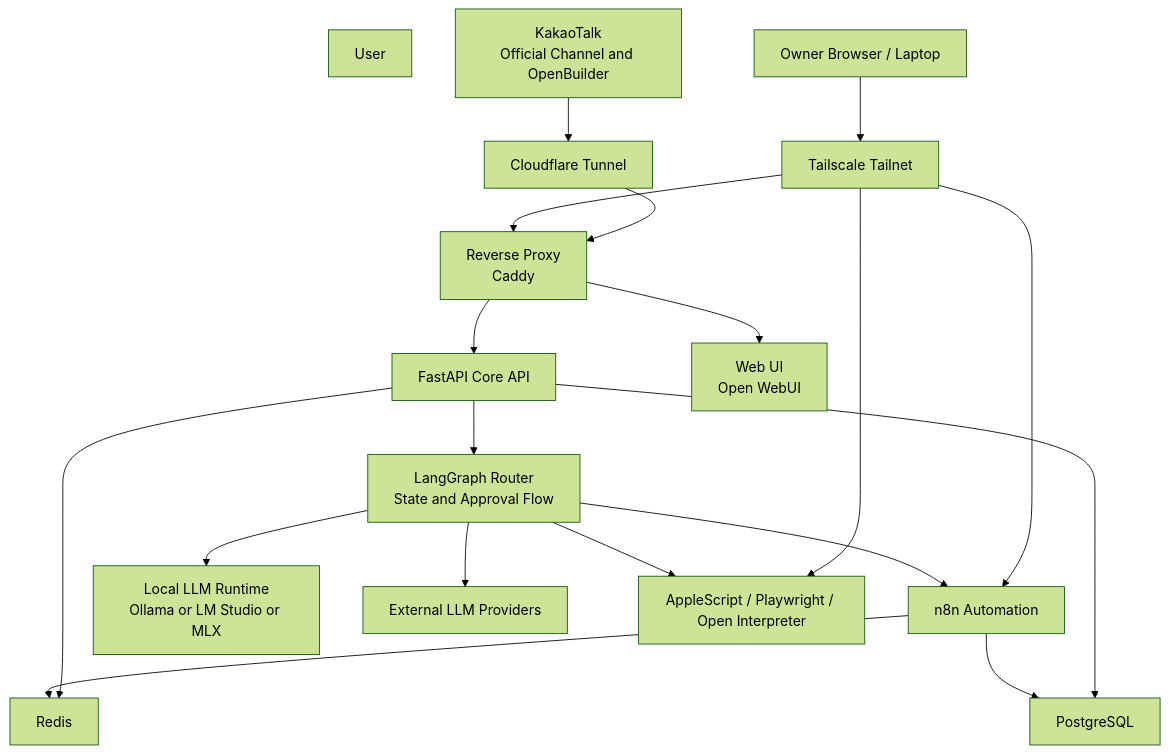
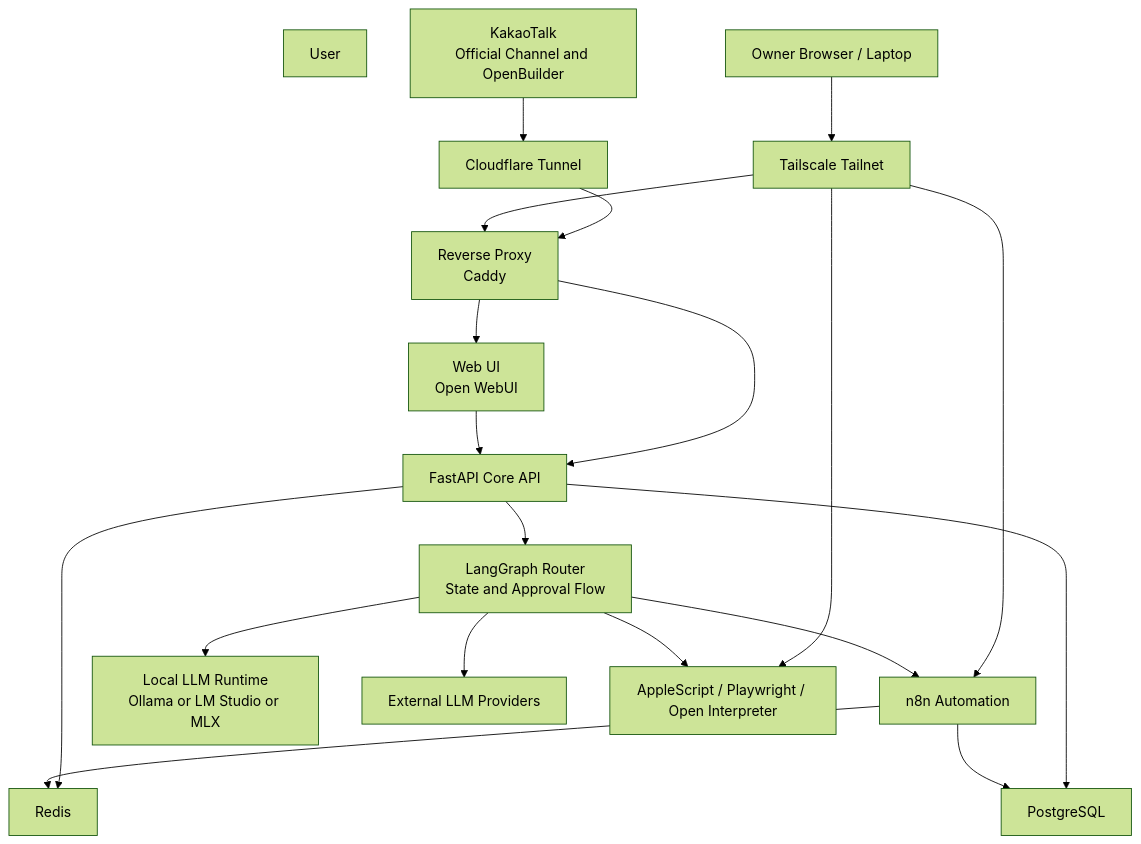
The diagram in docs/architecture.md (la9527/ai-assistant), drawn with Mermaid (forest theme) before and after one commit. The commit also changed other lines of this file and 2 other files, not shown here.

````diff
--- a/docs/architecture.md
+++ b/docs/architecture.md
@@ -24,40 +24,41 @@
 ```mermaid
 flowchart TB
   User[User]
   Kakao[KakaoTalk\nOfficial Channel and OpenBuilder]
   Browser[Owner Browser / Laptop]
   Cloudflare[Cloudflare Tunnel]
   Tailscale[Tailscale Tailnet]
 
   Proxy[Reverse Proxy\nCaddy]
     API[FastAPI Core API]
     Graph[LangGraph Router\nState and Approval Flow]
     N8N[n8n Automation]
   Web[Web UI\nOpen WebUI]
     LocalRuntime[Local LLM Runtime\nOllama or LM Studio or MLX]
     ExtLLM[External LLM Providers]
     Redis[Redis]
     Postgres[PostgreSQL]
     MacTools[AppleScript / Playwright / Open Interpreter]
 
   Kakao --> Cloudflare
   Cloudflare --> Proxy
   Browser --> Tailscale
   Tailscale --> Proxy
   Tailscale --> N8N
   Tailscale --> MacTools
 
     Proxy --> API
   Proxy --> Web
+  Web --> API
 
     API --> Graph
     Graph --> LocalRuntime
     Graph --> ExtLLM
     Graph --> N8N
     Graph --> MacTools
 
     API --> Redis
     API --> Postgres
     N8N --> Postgres
     N8N --> Redis
 ```
````
